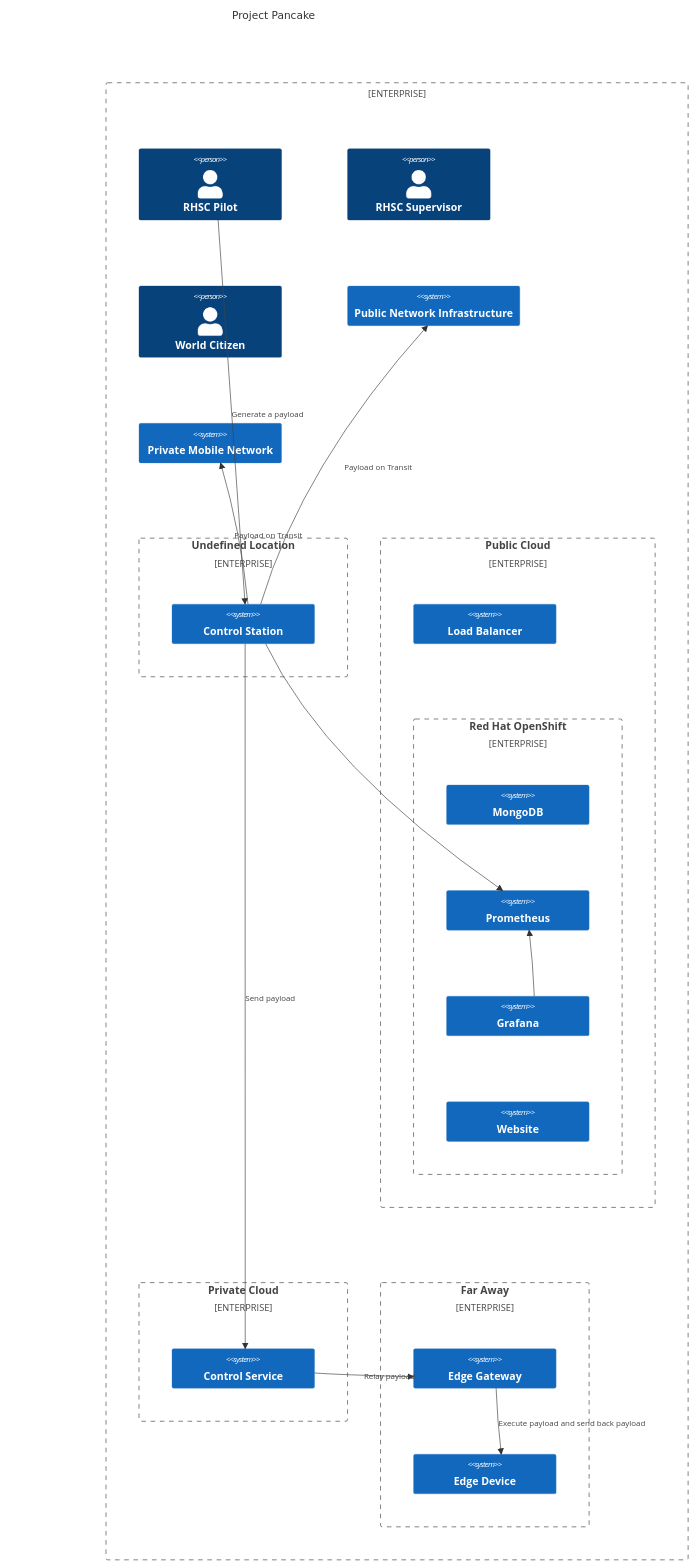
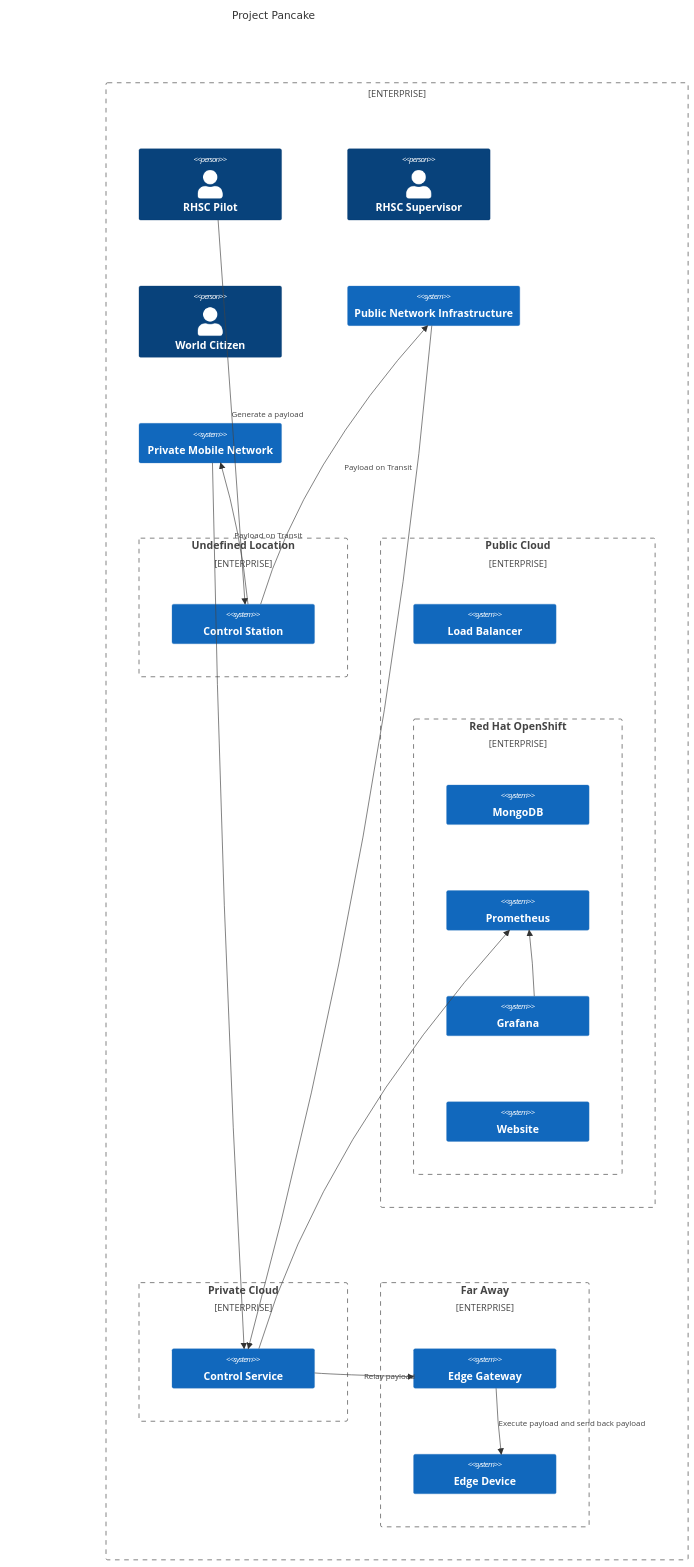
Before and after one commit to beezy-cloud/project-pancake: the diagram in docs/index.md, drawn with Mermaid.

````diff
--- a/docs/index.md
+++ b/docs/index.md
@@ -7,45 +7,46 @@
 ```mermaid 
     C4Context
       title Project Pancake
       Enterprise_Boundary(b0, "") {
         Person(Pilot, "RHSC Pilot")
         Person(Supervisor, "RHSC Supervisor")
         Person(Public, "World Citizen")
 
         System(Internet, "Public Network Infrastructure")
         System(MobileNetwork, "Private Mobile Network")
 
         Enterprise_Boundary(b1, "Undefined Location"){
           System(ControlStation, "Control Station")
         }
 
         Enterprise_Boundary(b2, "Public Cloud") {
           System(LoadBalancer, "Load Balancer")
           Enterprise_Boundary(c1, "Red Hat OpenShift"){
             System(MongoDB, "MongoDB")
             System(Prometheus, "Prometheus")
             System(Grafana, "Grafana")
             System(Website, "Website")
           }
         }
 
         Enterprise_Boundary(b3, "Private Cloud"){
           System(ControlService, "Control Service")
         }
 
         Enterprise_Boundary(b4, "Far Away"){
           System(EdgeGateway, "Edge Gateway")
           System(EdgeDevice, "Edge Device")
         }
       }
 
       Rel(Pilot, ControlStation, "Generate a payload")
       Rel(ControlStation, Internet, "Payload on Transit")
+      Rel(Internet, ControlService, "")
       Rel(ControlStation, MobileNetwork, "Payload on Transit")
-      Rel(ControlStation, Prometheus, "")
+      Rel(MobileNetwork, ControlService, "")
+      Rel(ControlService, Prometheus, "")
       Rel(Grafana, Prometheus, "")
-      Rel(ControlStation, ControlService, "Send payload")
       Rel(ControlService, EdgeGateway, "Relay payload")
       Rel(EdgeGateway, EdgeDevice, "Execute payload and send back payload")
 
 ```
````
